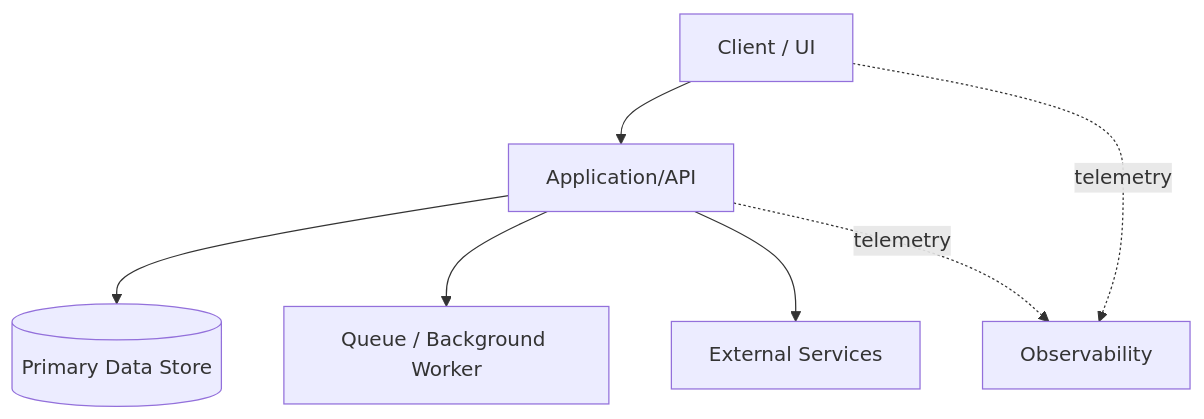
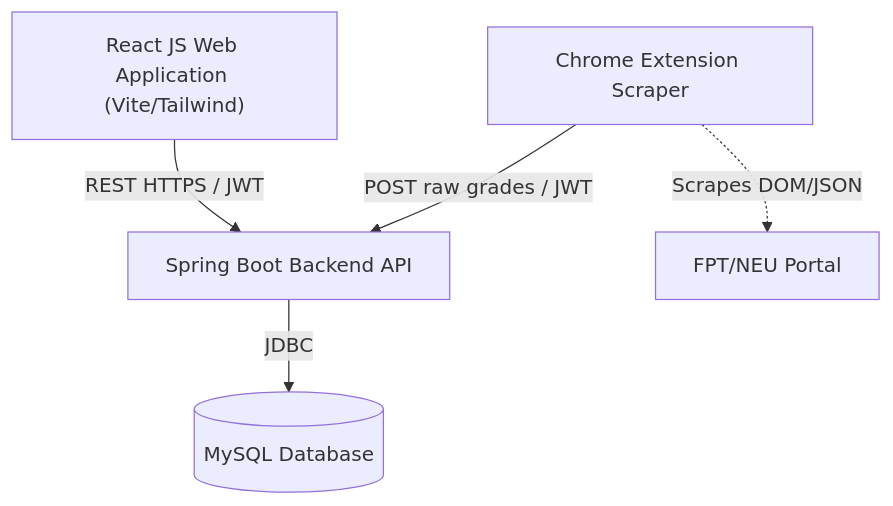
Before and after one commit to nqtienvn/japanese: the second of 5 diagrams in 03-Architecture-Design/SOFTWARE_ARCHITECTURE.md, drawn with Mermaid. The commit also changed other lines of this file and 89 other files, not shown here.

````diff
--- a/03-Architecture-Design/SOFTWARE_ARCHITECTURE.md
+++ b/03-Architecture-Design/SOFTWARE_ARCHITECTURE.md
@@ -42,9 +48,7 @@
 ```mermaid
 flowchart TB
-    UI["Client / UI"] --> API["Application/API"]
-    API --> DB[("Primary Data Store")]
-    API --> Q["Queue / Background Worker"]
-    API --> EXT["External Services"]
-    UI -. telemetry .-> OBS["Observability"]
-    API -. telemetry .-> OBS
+    UI["React JS Web Application (Vite/Tailwind)"] -->|"REST HTTPS / JWT"| Backend["Spring Boot Backend API"]
+    Ext["Chrome Extension Scraper"] -->|"POST raw grades / JWT"| Backend
+    Ext -.->|"Scrapes DOM/JSON"| Portal["FPT/NEU Portal"]
+    Backend -->|"JDBC"| DB[("MySQL Database")]
 ```
````
